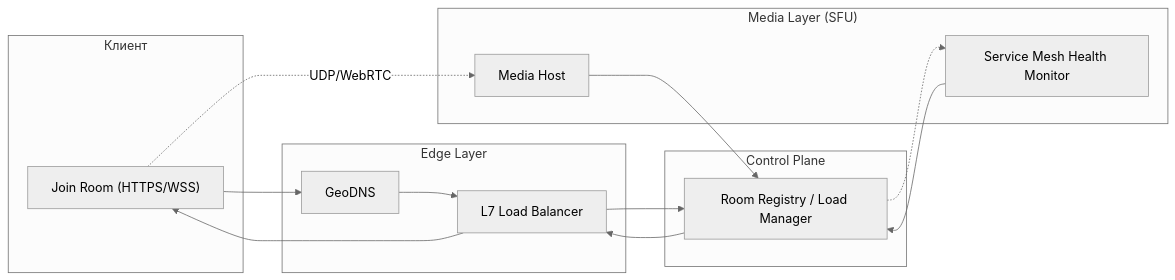
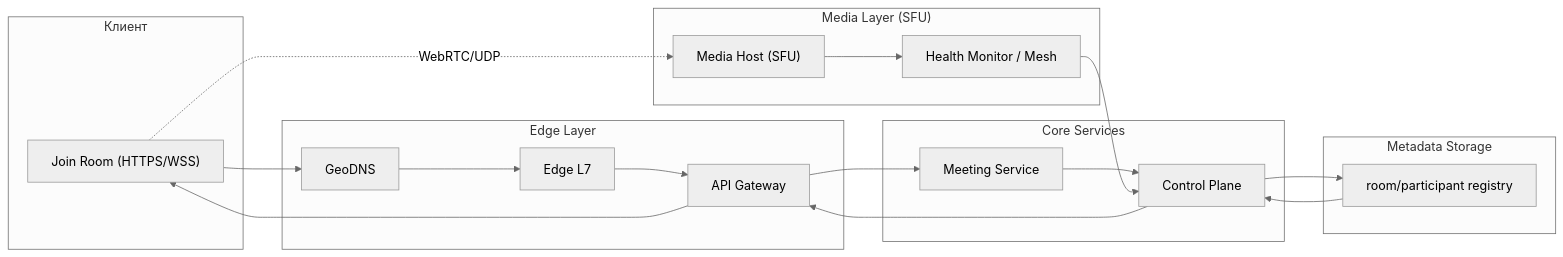
The second of 2 diagrams in README.md (onionfriend2004/Highload_VK_Coursework), drawn with Mermaid (neutral theme) before and after one commit. The commit also changed other lines of this file and 1 other file, not shown here.

````diff
--- a/README.md
+++ b/README.md
@@ -369,32 +332,41 @@
 ```mermaid
 flowchart LR
     subgraph CLIENT["Клиент"]
         U["Join Room (HTTPS/WSS)"]
     end
 
     subgraph EDGE["Edge Layer"]
-        I["L7 Load Balancer"]
         D["GeoDNS"]
+        N["Edge L7"]
+        AG["API Gateway"]
     end
 
-    subgraph CONTROL["Control Plane"]
-        C["Room Registry / Load Manager"]
+    subgraph CORE["Core Services"]
+        MS["Meeting Service"]
+        CP["Control Plane"]
+    end
+
+    subgraph STORAGE["Metadata Storage"]
+        A["room/participant registry"]
     end
 
     subgraph MEDIA["Media Layer (SFU)"]
-        M["Media Host"]
-        H["Service Mesh Health Monitor"]
+        M["Media Host (SFU)"]
+        HM["Health Monitor / Mesh"]
     end
 
-    %% Signaling path (HTTP/WSS)
-    U --> D --> I --> C
-    C --> I --> U
+    %% Signaling
+    U --> D --> N --> AG --> MS
+    MS --> CP
+    CP --> AG --> U
 
-    %% Media path (UDP/WebRTC)
-    U -. UDP/WebRTC .-> M
+    %% Storage
+    CP --> A
+    A --> CP
 
-    %% Control & health
-    M --> C
-    H --> C
-    C -.-> H
+    %% Media path
+    U -. WebRTC/UDP .-> M
+
+    %% Health
+    M --> HM --> CP
 ```
````
